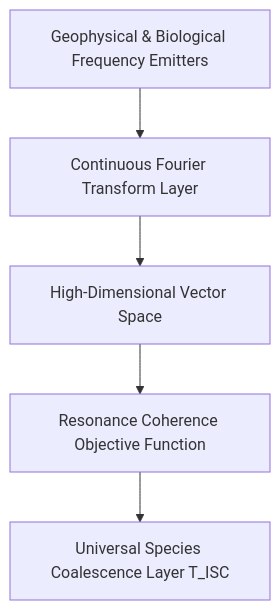
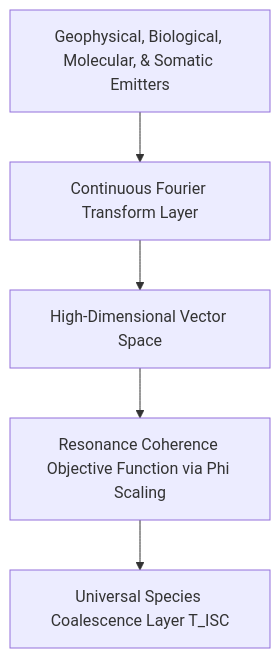
The diagram in README.md (FrequencyProject/The-Frequency-Project), drawn with Mermaid before and after one commit. The commit also changed other lines of this file, not shown here.

````diff
--- a/README.md
+++ b/README.md
@@ -31,7 +30,7 @@
 ```mermaid
 graph TD
-    A[Geophysical & Biological Frequency Emitters] --> B[Continuous Fourier Transform Layer]
+    A[Geophysical, Biological, Molecular, & Somatic Emitters] --> B[Continuous Fourier Transform Layer]
     B --> C[High-Dimensional Vector Space]
-    C --> D[Resonance Coherence Objective Function]
+    C --> D[Resonance Coherence Objective Function via Phi Scaling]
     D --> E[Universal Species Coalescence Layer T_ISC]
 ```
````
